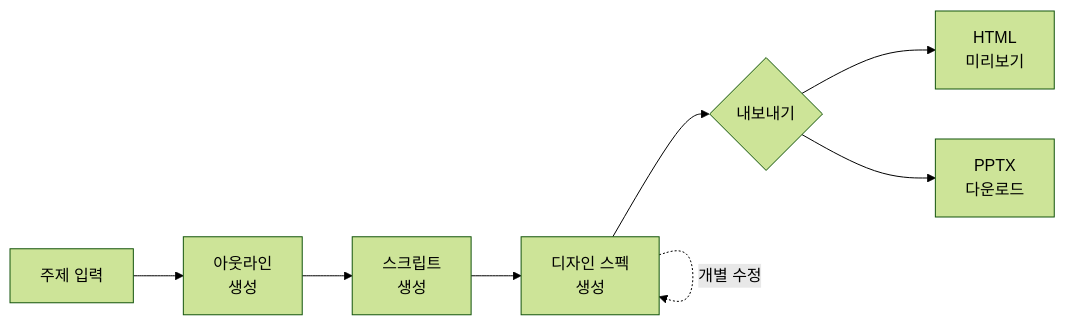
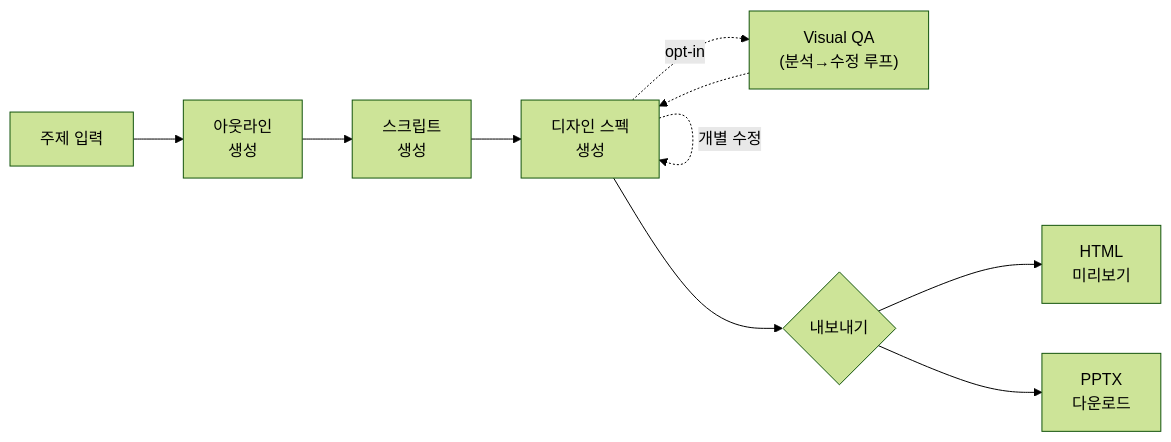
The first of 2 diagrams in docs/architecture.md (haandol/ppt-generator), drawn with Mermaid (forest theme) before and after one commit. The commit also changed other lines of this file and 6 other files, not shown here.

````diff
--- a/docs/architecture.md
+++ b/docs/architecture.md
@@ -15,10 +16,12 @@
 ```mermaid
 flowchart LR
     A["주제 입력"] --> B["아웃라인\n생성"]
     B --> C["스크립트\n생성"]
     C --> D["디자인 스펙\n생성"]
+    D -.->|"개별 수정"| D
+    D -.->|"opt-in"| V["Visual QA\n(분석→수정 루프)"]
+    V -.-> D
     D --> E{"내보내기"}
     E --> F["HTML\n미리보기"]
     E --> G["PPTX\n다운로드"]
-    D -.->|"개별 수정"| D
 ```
````
